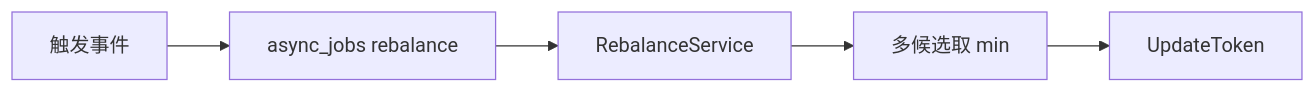
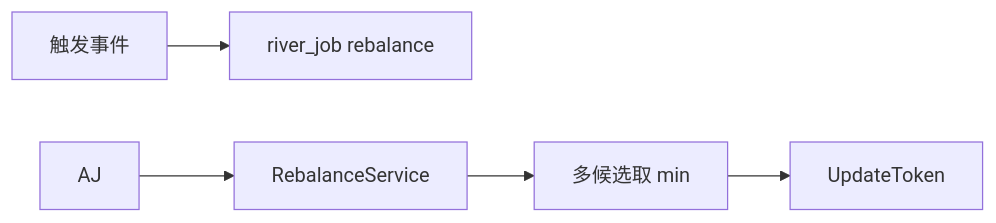
One commit to quyip8818/mytokenjoy changed the eighth of 10 diagrams in docs/Backend-预算.md. Above: the diagram before and after it, drawn with Mermaid. The commit also changed other lines of this file and 112 other files, not shown here.

````diff
--- a/docs/Backend-预算.md
+++ b/docs/Backend-预算.md
@@ -310,7 +310,7 @@
 ```mermaid
 flowchart LR
-  EVT[触发事件] --> AJ[async_jobs rebalance]
+  EVT[触发事件] --> RJ[river_job rebalance]
   AJ --> RB[RebalanceService]
   RB --> MIN[多候选取 min]
   MIN --> NA[UpdateToken]
 ```
````
